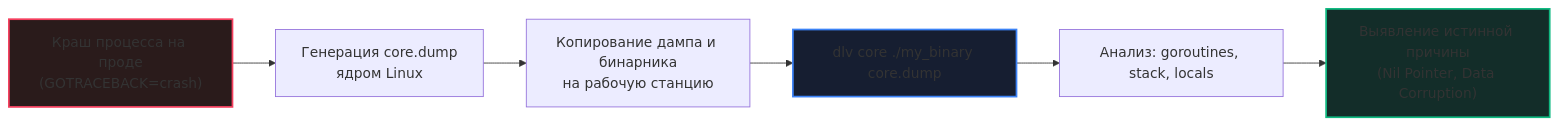
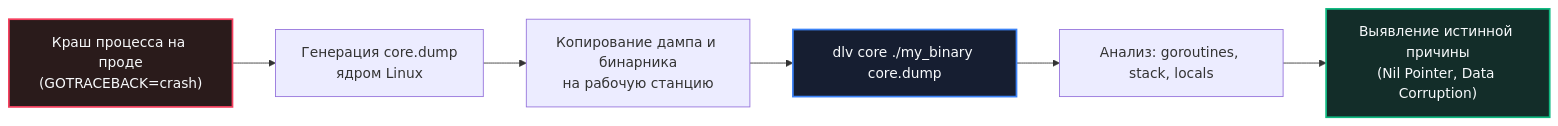
One commit to UnrealTemplier/go-textbook changed the second of 2 diagrams in sources/16. Профилирование, отладка и производительность/11. Debugging/2. Delve debugger.md. Above: the diagram before and after it, drawn with Mermaid. The commit also changed other lines of this file and 310 other files, not shown here.

First line of the commit message:
fix(mermaid): replace light fill colors with dark palette for readability on dark theme

````diff
--- a/sources/16. Профилирование, отладка и производительность/11. Debugging/2. Delve debugger.md
+++ b/sources/16. Профилирование, отладка и производительность/11. Debugging/2. Delve debugger.md
@@ -198,12 +198,12 @@
 ```mermaid
 flowchart LR
     Crash["Краш процесса на проде<br>(GOTRACEBACK=crash)"] --> Dump["Генерация core.dump<br>ядром Linux"]
     Dump --> Copy["Копирование дампа и бинарника<br>на рабочую станцию"]
     Copy --> DelveCore["dlv core ./my_binary core.dump"]
     DelveCore --> Inspect["Анализ: goroutines, stack, locals"]
     Inspect --> RootCause["Выявление истинной причины<br>(Nil Pointer, Data Corruption)"]
     
-    style Crash fill:#2a1b1b,stroke:#f43f5e,stroke-width:2px
-    style DelveCore fill:#161e31,stroke:#3b82f6,stroke-width:2px
-    style RootCause fill:#132d29,stroke:#10b981,stroke-width:2px
+    style Crash fill:#2a1b1b,stroke:#f43f5e,stroke-width:2px,color:#f8fafc
+    style DelveCore fill:#161e31,stroke:#3b82f6,stroke-width:2px,color:#f8fafc
+    style RootCause fill:#132d29,stroke:#10b981,stroke-width:2px,color:#f8fafc
 ```
````
